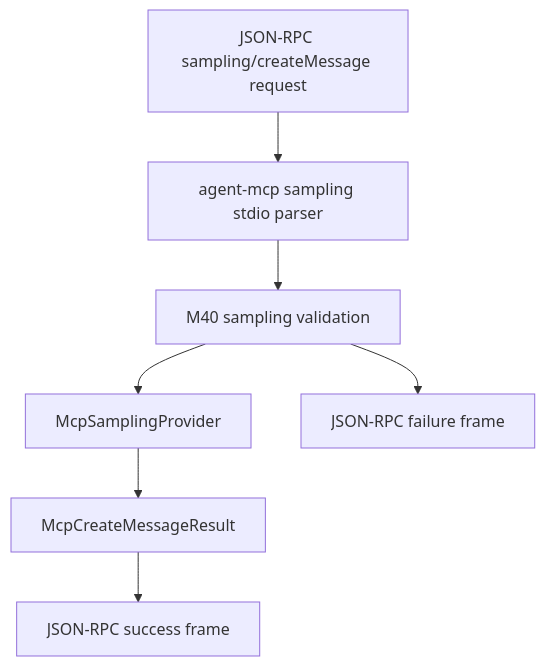
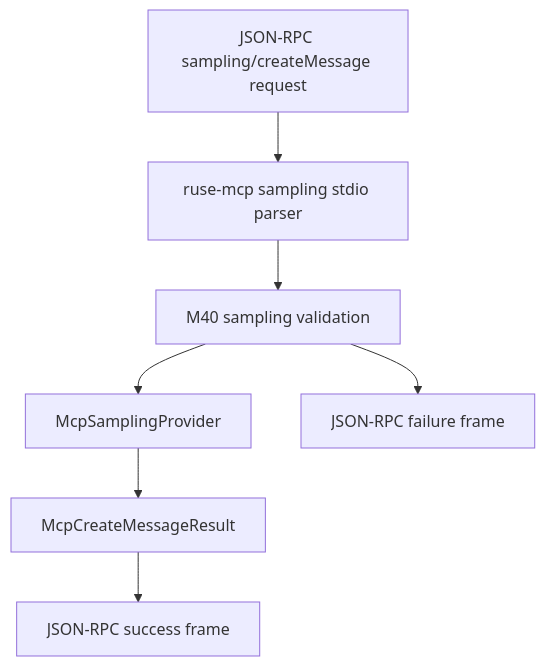
The diagram in docs/specs/M42-mcp-sampling-stdio-dispatch.spec.md (poneding/agent), drawn with Mermaid before and after one commit. The commit also changed other lines of this file and 2091 other files, not shown here.

First line of the commit message:
refactor: rename agent branding to ruse

````diff
--- a/docs/specs/M42-mcp-sampling-stdio-dispatch.spec.md
+++ b/docs/specs/M42-mcp-sampling-stdio-dispatch.spec.md
@@ -34,9 +34,9 @@
 ```mermaid
 flowchart TD
-  Frame["JSON-RPC sampling/createMessage request"] --> Parse["agent-mcp sampling stdio parser"]
+  Frame["JSON-RPC sampling/createMessage request"] --> Parse["ruse-mcp sampling stdio parser"]
   Parse --> Validate["M40 sampling validation"]
   Validate --> Provider["McpSamplingProvider"]
   Provider --> Result["McpCreateMessageResult"]
   Result --> Response["JSON-RPC success frame"]
   Validate --> Error["JSON-RPC failure frame"]
 ```
````
